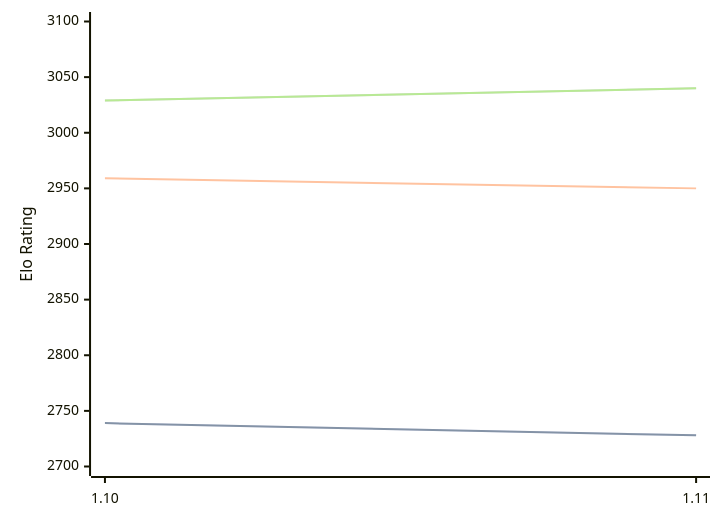
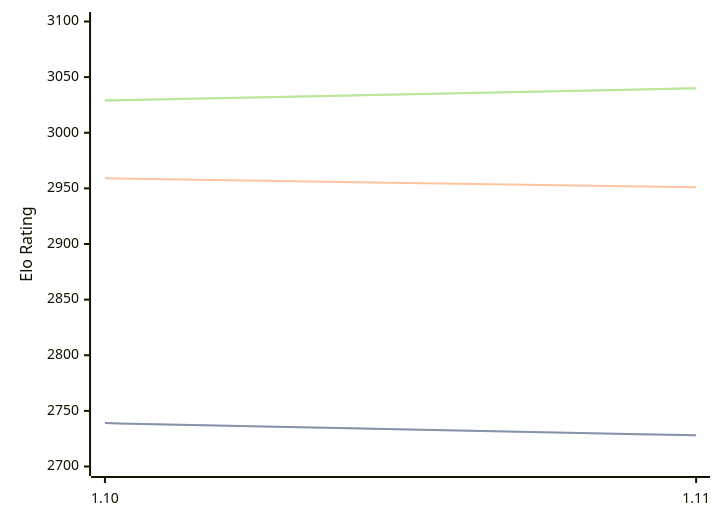
Before and after one commit to computer-chess-index/cci: the diagram in engines/Roc.md, drawn with Mermaid. The commit also changed other lines of this file, not shown here.

````diff
--- a/engines/Roc.md
+++ b/engines/Roc.md
@@ -42,11 +42,11 @@
 ```mermaid
 %%{init: {"theme":"base","themeVariables":{"seriesColors:['#a3a3a3','#222221','#faa371']}}}%%
 xychart-beta
   x-axis ["1.10", "1.11"]
   y-axis "Elo Rating" 2700 --> 3100
   line "" [2739, 2728]
   line "STC (8.0+0.08s)" [2739, 2728]
-  line "LTC (60.0+0.60s)" [2959, 2950]
+  line "LTC (60.0+0.60s)" [2959, 2951]
   line "" [3029, 3040]
   line "VLTC (2m24s+1.12s)" [3029, 3040]
 ```
````
